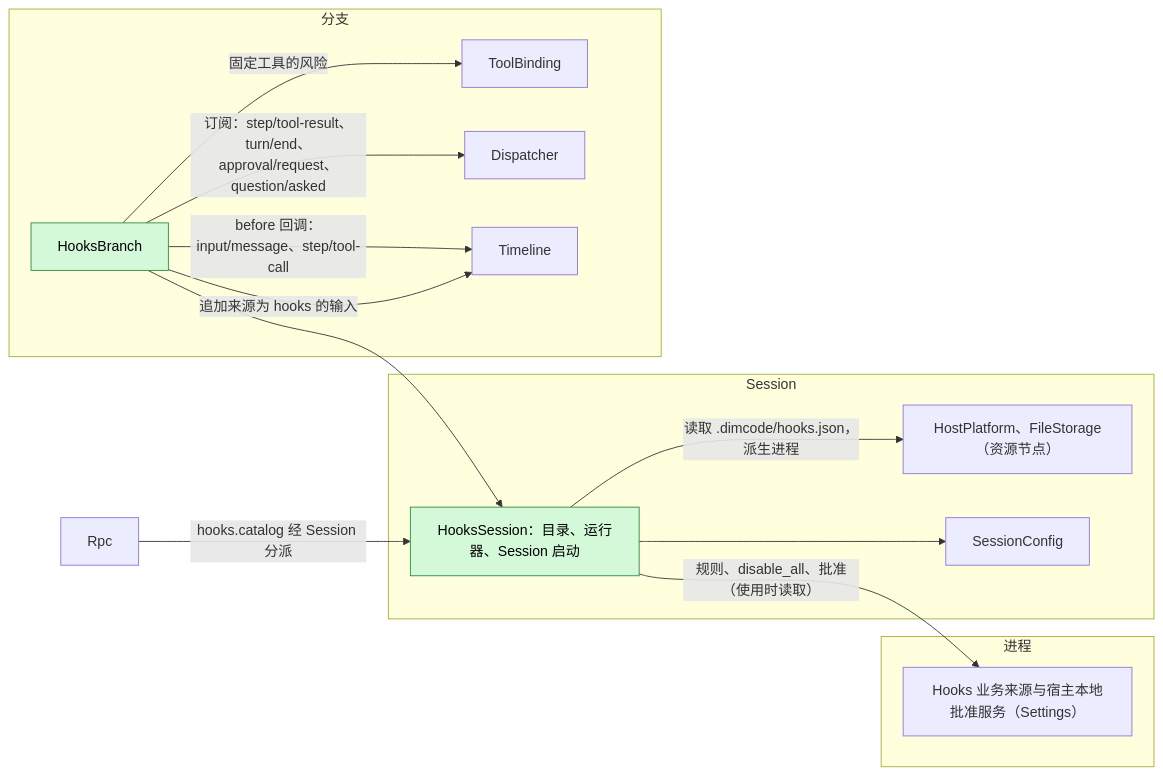
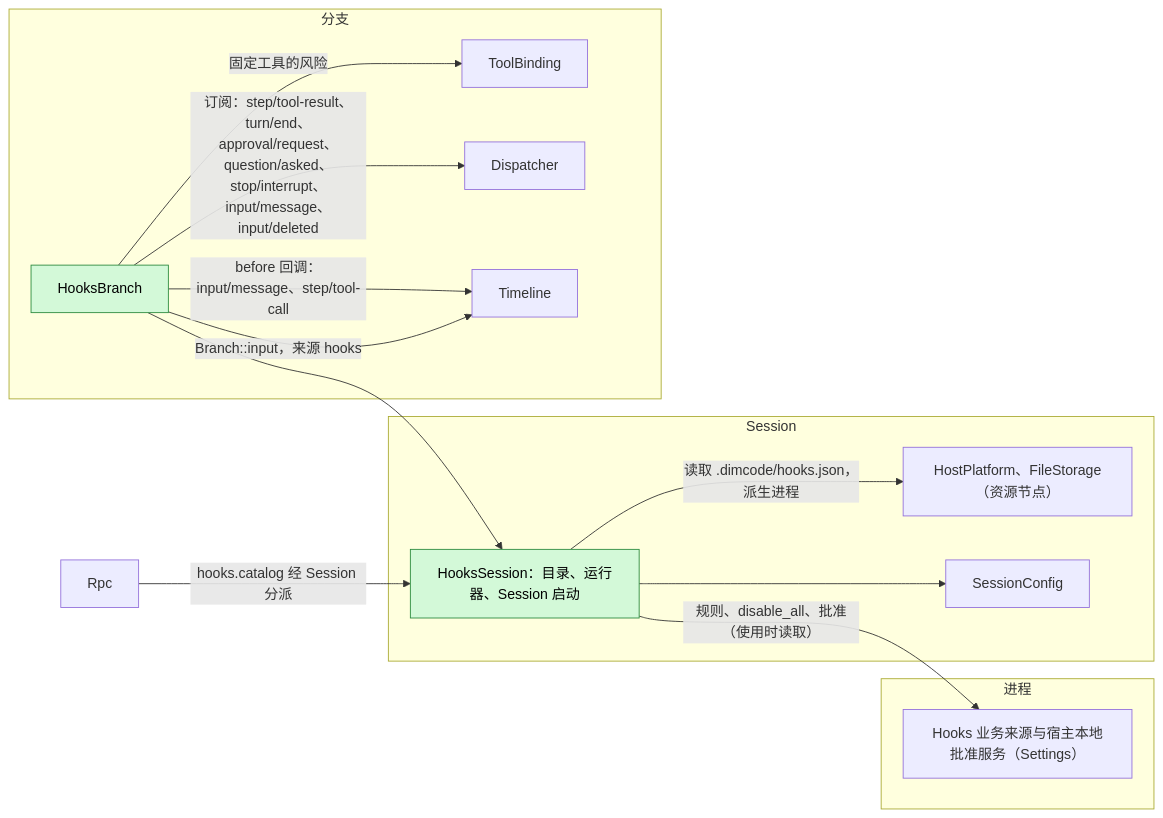
The first of 7 diagrams in docs/zh/design/plugins/Hooks.md (CoutinhoTTS/dim-agent), drawn with Mermaid before and after one commit. The commit also changed other lines of this file and 42 other files, not shown here.

````diff
--- a/docs/zh/design/plugins/Hooks.md
+++ b/docs/zh/design/plugins/Hooks.md
@@ -9,28 +9,28 @@
 ```mermaid
 flowchart LR
   subgraph PROC["进程"]
     Settings["Hooks 业务来源与宿主本地批准服务（Settings）"]
   end
   subgraph SESS["Session"]
     HS["HooksSession：目录、运行器、Session 启动"]:::new
     HP["HostPlatform、FileStorage（资源节点）"]
     CFG["SessionConfig"]
   end
   subgraph BR["分支"]
     HB["HooksBranch"]:::new
     TB["ToolBinding"]
     DP["Dispatcher"]
     TL["Timeline"]
   end
   Rpc["Rpc"]
   HS -->|"规则、disable_all、批准（使用时读取）"| Settings
   HS -->|"读取 .dimcode/hooks.json，派生进程"| HP
   HS --> CFG
   HB --> HS
   HB -->|"before 回调：input/message、step/tool-call"| TL
   HB -->|"固定工具的风险"| TB
-  HB -->|"订阅：step/tool-result、turn/end、approval/request、question/asked"| DP
-  HB -->|"追加来源为 hooks 的输入"| TL
+  HB -->|"订阅：step/tool-result、turn/end、approval/request、question/asked、stop/interrupt、input/message、input/deleted"| DP
+  HB -->|"Branch::input，来源 hooks"| TL
   Rpc -->|"hooks.catalog 经 Session 分派"| HS
   classDef new fill:#d3f9d8,stroke:#2b8a3e,color:#000
 ```
````
